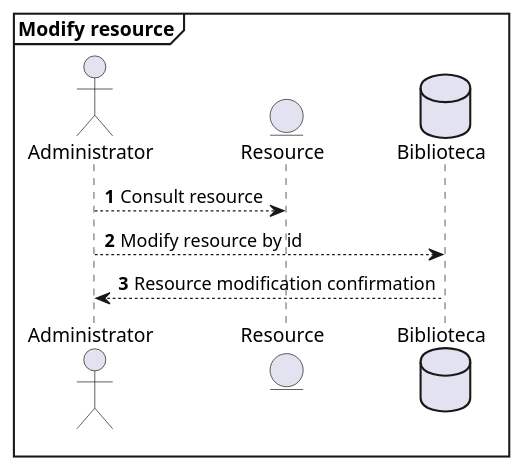
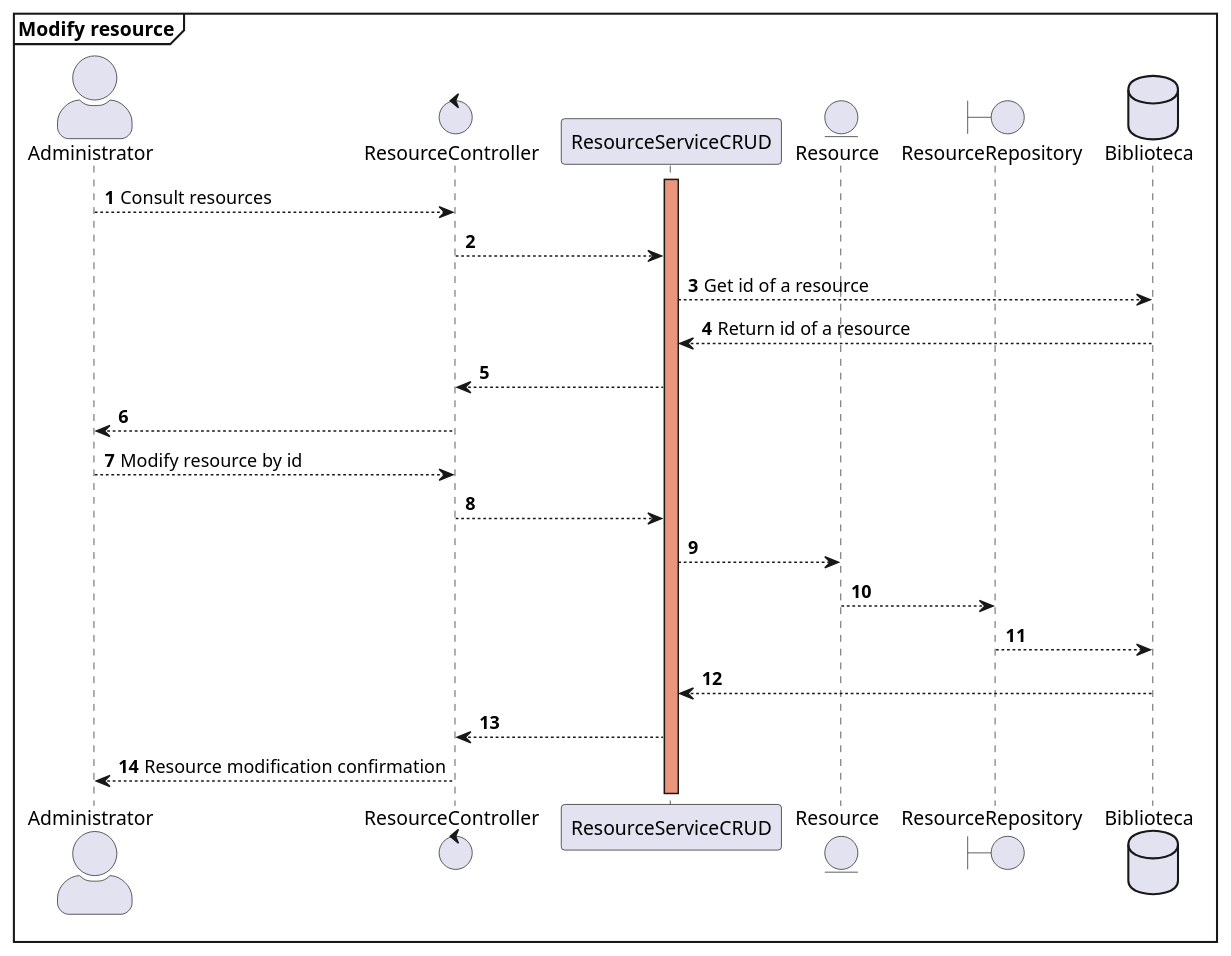
Before and after one commit to Yurday/Biblioteca-SBMongoDB: the diagram in src/main/java/com/example/biblioteca/DiagramsUML/ModifyResourceDS.puml, drawn with PlantUML. The commit also changed other lines of this file and 1 other file, not shown here.

Commit message:
Complementación de los Diagramas de secuencia

```diff
--- a/src/main/java/com/example/biblioteca/DiagramsUML/ModifyResourceDS.puml
+++ b/src/main/java/com/example/biblioteca/DiagramsUML/ModifyResourceDS.puml
@@ -1,15 +1,31 @@
 @startuml
 'https://plantuml.com/sequence-diagram
 
 autonumber
+skinparam actorStyle awesome
 mainframe **Modify resource**
 
 actor Administrator
+control ResourceController
+participant "ResourceServiceCRUD" as ResourceServiceCRUD
+activate ResourceServiceCRUD #DarkSalmon
 entity Resource
+boundary ResourceRepository
 database Biblioteca
 
-Administrator --> Resource: Consult resource
-Administrator --> Biblioteca: Modify resource by id
-Administrator <-- Biblioteca: Resource modification confirmation
+Administrator --> ResourceController: Consult resources
+ResourceController --> ResourceServiceCRUD
+ResourceServiceCRUD --> Biblioteca: Get id of a resource
+Biblioteca --> ResourceServiceCRUD: Return id of a resource
+ResourceServiceCRUD --> ResourceController
+ResourceController --> Administrator
+Administrator --> ResourceController: Modify resource by id
+ResourceController --> ResourceServiceCRUD
+ResourceServiceCRUD --> Resource
+Resource --> ResourceRepository
+ResourceRepository --> Biblioteca
+Biblioteca --> ResourceServiceCRUD
+ResourceServiceCRUD --> ResourceController
+ResourceController --> Administrator: Resource modification confirmation
 
 @enduml
```
